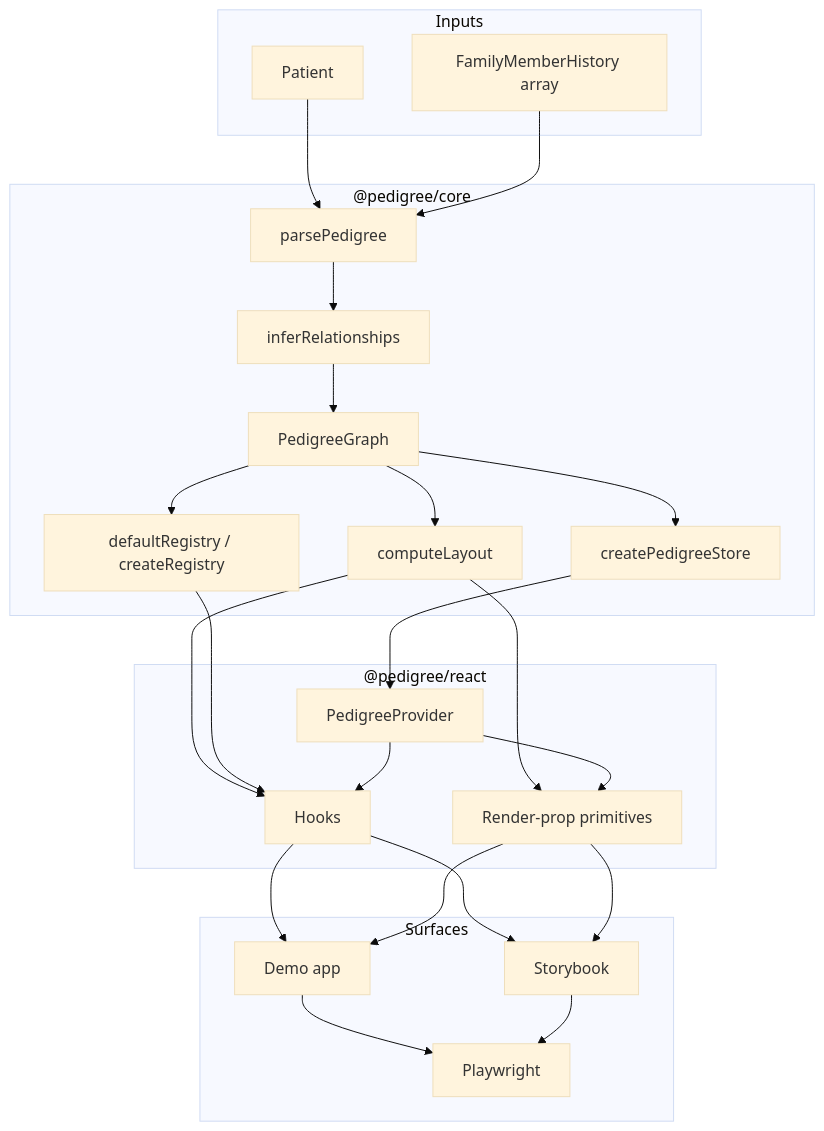
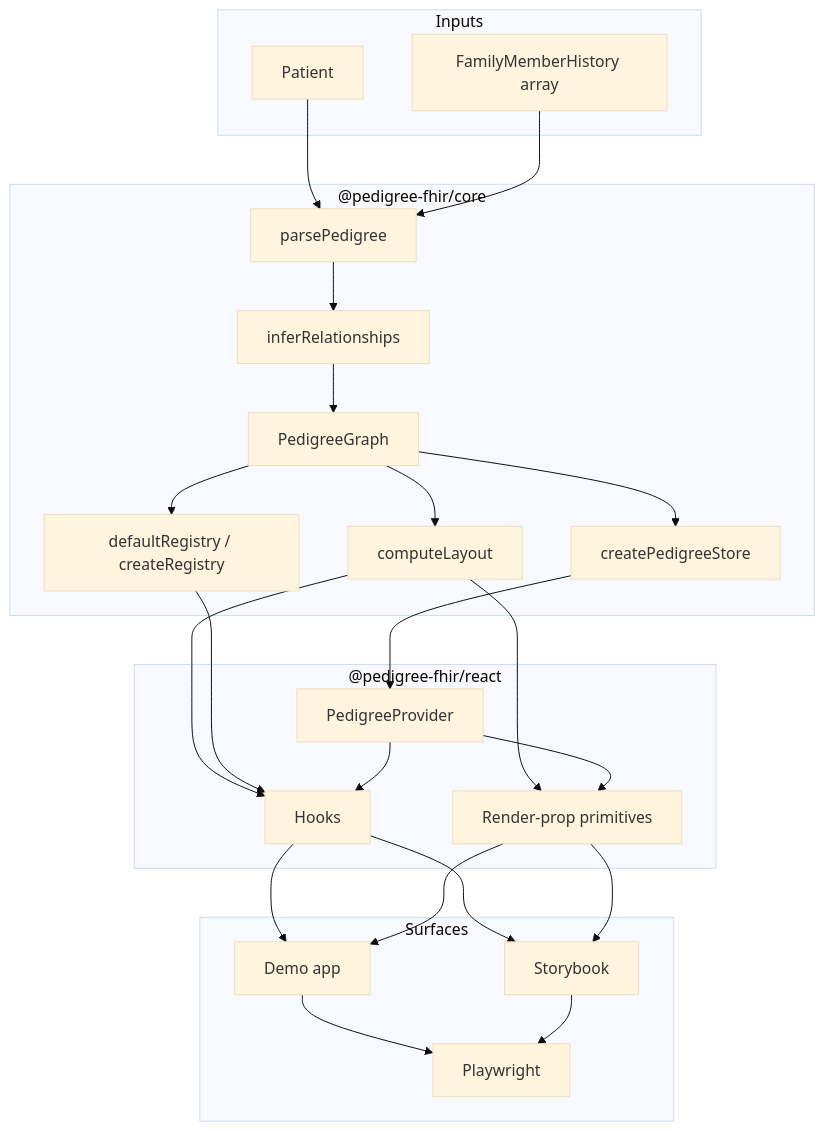
One commit to matheus-of-freitas/pedigree-fhir changed the first of 3 diagrams in docs/architecture.md. Above: the diagram before and after it, drawn with Mermaid (base theme). The commit also changed other lines of this file and 63 other files, not shown here.

````diff
--- a/docs/architecture.md
+++ b/docs/architecture.md
@@ -23,48 +23,48 @@
 ```mermaid
 flowchart TD
   subgraph Inputs
     A["Patient"]
     B["FamilyMemberHistory array"]
   end
 
-  subgraph Core["@pedigree/core"]
+  subgraph Core["@pedigree-fhir/core"]
     C["parsePedigree"]
     D["inferRelationships"]
     E["PedigreeGraph"]
     F["computeLayout"]
     G["createPedigreeStore"]
     H["defaultRegistry / createRegistry"]
   end
 
-  subgraph React["@pedigree/react"]
+  subgraph React["@pedigree-fhir/react"]
     I["PedigreeProvider"]
     J["Hooks"]
     K["Render-prop primitives"]
   end
 
   subgraph Surfaces
     L["Demo app"]
     M["Storybook"]
     N["Playwright"]
   end
 
   A --> C
   B --> C
   C --> D
   D --> E
   E --> F
   E --> G
   E --> H
   G --> I
   F --> J
   F --> K
   H --> J
   I --> J
   I --> K
   J --> L
   K --> L
   J --> M
   K --> M
   L --> N
   M --> N
 ```
````
